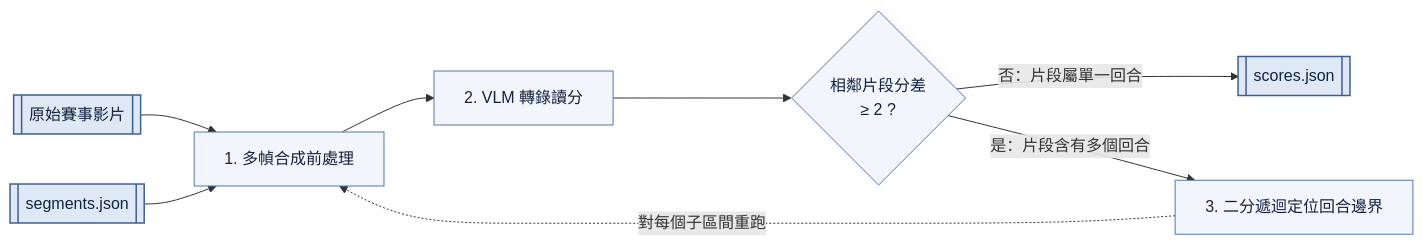
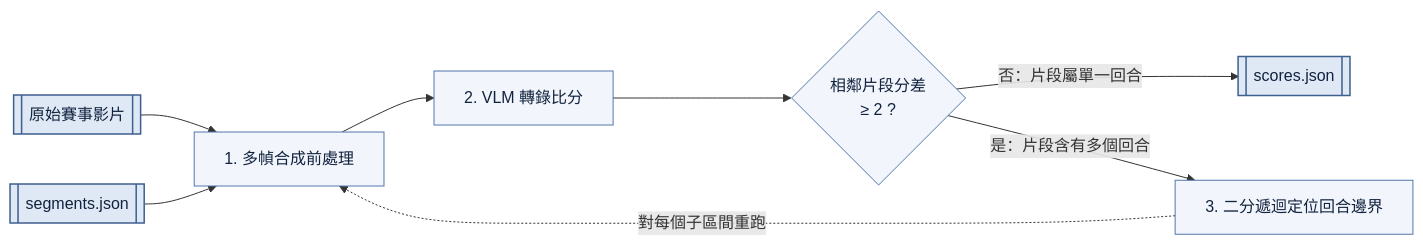
The fourth of 13 diagrams in docs/report.md (2026bmtproject/badminton-analysis-system), drawn with Mermaid before and after one commit. The commit also changed other lines of this file and 7 other files, not shown here.

First line of the commit message:
docs(report): rewrite introduction and add system overview figure

````diff
--- a/docs/report.md
+++ b/docs/report.md
@@ -601,22 +589,22 @@
 ```mermaid
 flowchart LR
     IN1[["原始賽事影片"]]:::io
     IN2[["segments.json"]]:::io
     S1["1. 多幀合成前處理"]:::stage
-    S2["2. VLM 轉錄讀分"]:::stage
+    S2["2. VLM 轉錄比分"]:::stage
     D{"相鄰片段分差<br/> ≥ 2 ?"}:::stage
     S3["3. 二分遞迴定位回合邊界"]:::stage
     OUT[["scores.json"]]:::io
  
     IN1 --> S1
     IN2 --> S1
     S1 --> S2
     S2 --> D
     D -- "否：片段屬單一回合" --> OUT
     D -- "是：片段含有多個回合" --> S3
     S3 -. "對每個子區間重跑" .-> S1
  
     classDef io fill:#dfe8f5,stroke:#3f5f8f,stroke-width:1.5px,color:#12233f;
     classDef stage fill:#f2f5fb,stroke:#5477ac,stroke-width:1px,color:#12233f;
     classDef data fill:#fbf9ef,stroke:#b39a4d,stroke-width:1px,color:#3a3218;
 ```
````
